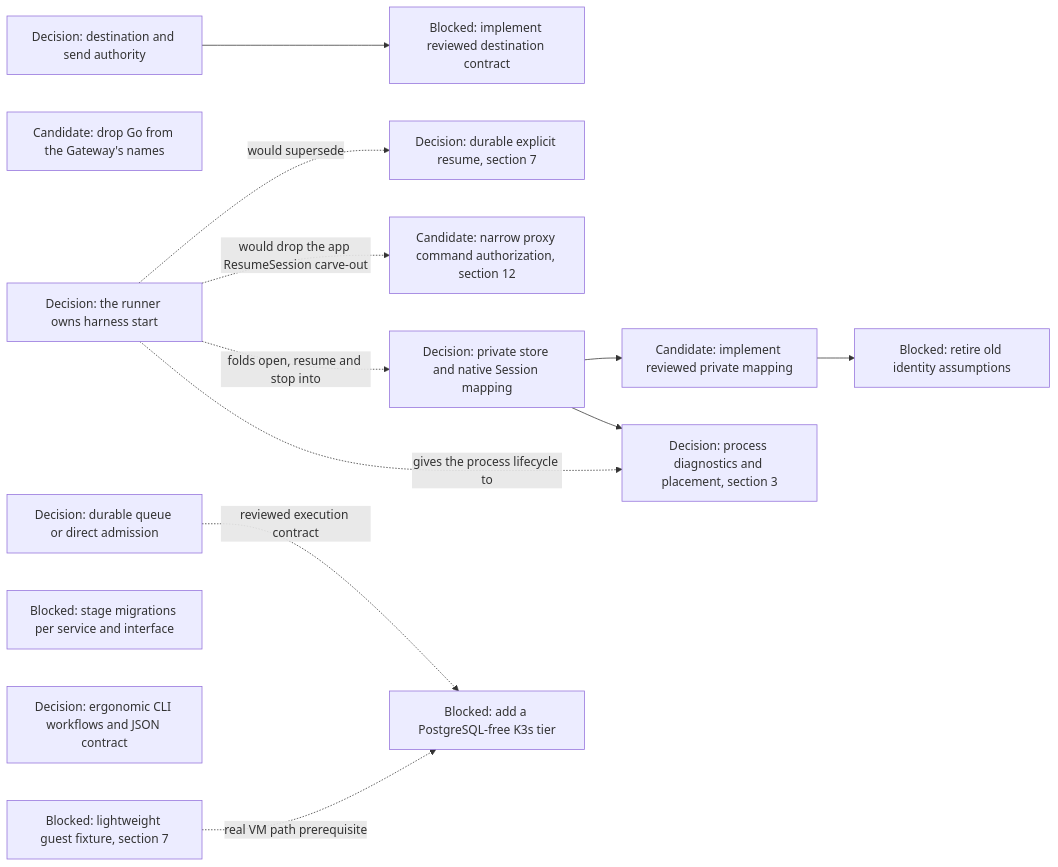
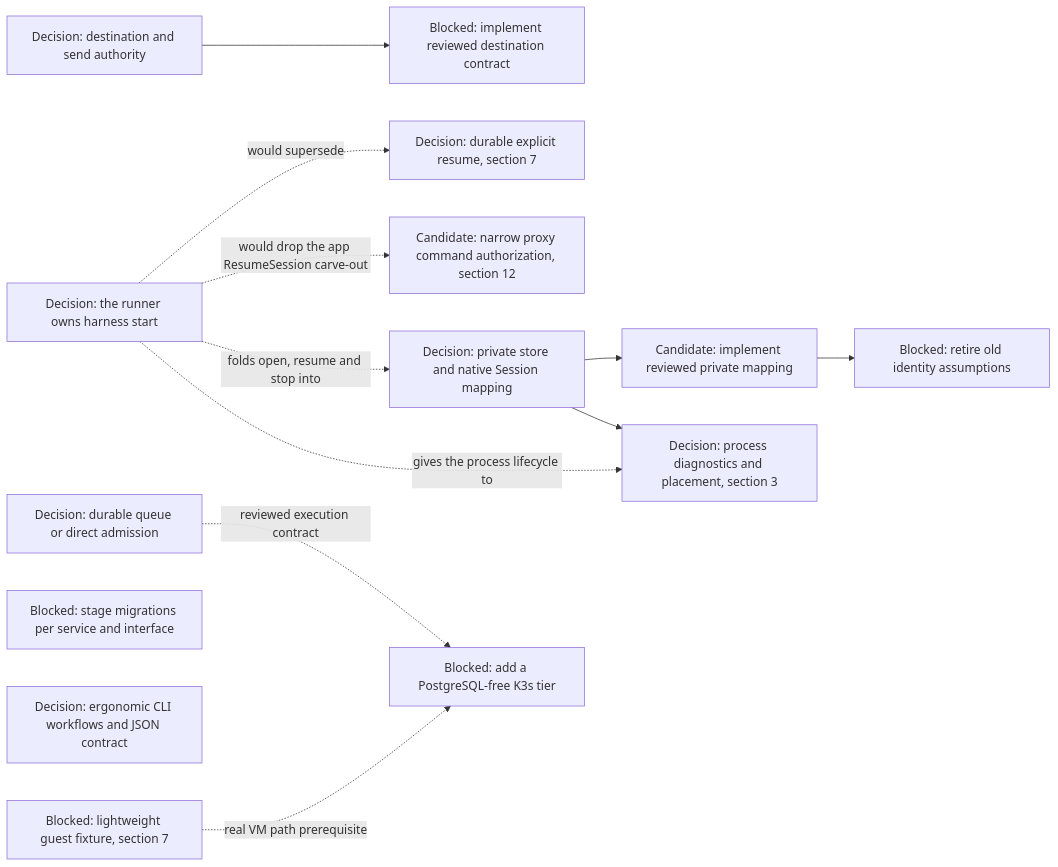
Before and after one commit to agentydragon-agent/ducktape: diagram 16 of 16 in agentplane/plans/task_dag.md, drawn with Mermaid. The commit also changed other lines of this file and 4 other files, not shown here.

````diff
--- a/agentplane/plans/task_dag.md
+++ b/agentplane/plans/task_dag.md
@@ -1703,28 +1702,27 @@
 ```mermaid
 flowchart LR
     DISPATCHER_PERSISTENCE_MODEL_DESIGN[Decision: durable queue or direct admission]
-    GATEWAY_RENAME[Candidate: drop Go from the Gateway's names]
     DELIVERY_DESTINATION_AUTHORITY_DESIGN[Decision: destination and send authority]
     DELIVERY_DESTINATION_CONTRACT[Blocked: implement reviewed destination contract]
     HARNESS_IDENTITY_DESIGN[Decision: private store and native Session mapping]
     RUNNER_STORE_SESSION_IDENTITY[Candidate: implement reviewed private mapping]
     RUNNER_IDENTITY_LEGACY_CLEANUP[Blocked: retire old identity assumptions]
     HARNESS_LIFECYCLE_OWNERSHIP[Decision: the runner owns harness start]
     APP_NATIVE_RESUME_CONTRACT[Decision: durable explicit resume, section 7]
     PROXY_START_METHODS_DISPATCHER_ONLY[Candidate: narrow proxy command authorization, section 12]
     RUNNER_HARNESS_OBJECTS_DESIGN[Decision: process diagnostics and placement, section 3]
     SERVICE_API_TRANSPORT_MIGRATIONS[Blocked: stage migrations per service and interface]
     AGENT_API_TOOLING_DESIGN[Decision: ergonomic CLI workflows and JSON contract]
     CNPG_FREE_K3S_INTEGRATION_TIER[Blocked: add a PostgreSQL-free K3s tier]
     K3S_VM_IMAGE[Blocked: lightweight guest fixture, section 7]
     DELIVERY_DESTINATION_AUTHORITY_DESIGN --> DELIVERY_DESTINATION_CONTRACT
     RUNNER_STORE_SESSION_IDENTITY --> RUNNER_IDENTITY_LEGACY_CLEANUP
     HARNESS_IDENTITY_DESIGN --> RUNNER_STORE_SESSION_IDENTITY
     HARNESS_IDENTITY_DESIGN --> RUNNER_HARNESS_OBJECTS_DESIGN
     HARNESS_LIFECYCLE_OWNERSHIP -. would supersede .-> APP_NATIVE_RESUME_CONTRACT
     HARNESS_LIFECYCLE_OWNERSHIP -. would drop the app ResumeSession carve-out .-> PROXY_START_METHODS_DISPATCHER_ONLY
     HARNESS_LIFECYCLE_OWNERSHIP -. folds open, resume and stop into .-> HARNESS_IDENTITY_DESIGN
     HARNESS_LIFECYCLE_OWNERSHIP -. gives the process lifecycle to .-> RUNNER_HARNESS_OBJECTS_DESIGN
     DISPATCHER_PERSISTENCE_MODEL_DESIGN -. reviewed execution contract .-> CNPG_FREE_K3S_INTEGRATION_TIER
     K3S_VM_IMAGE -. real VM path prerequisite .-> CNPG_FREE_K3S_INTEGRATION_TIER
 ```
````
